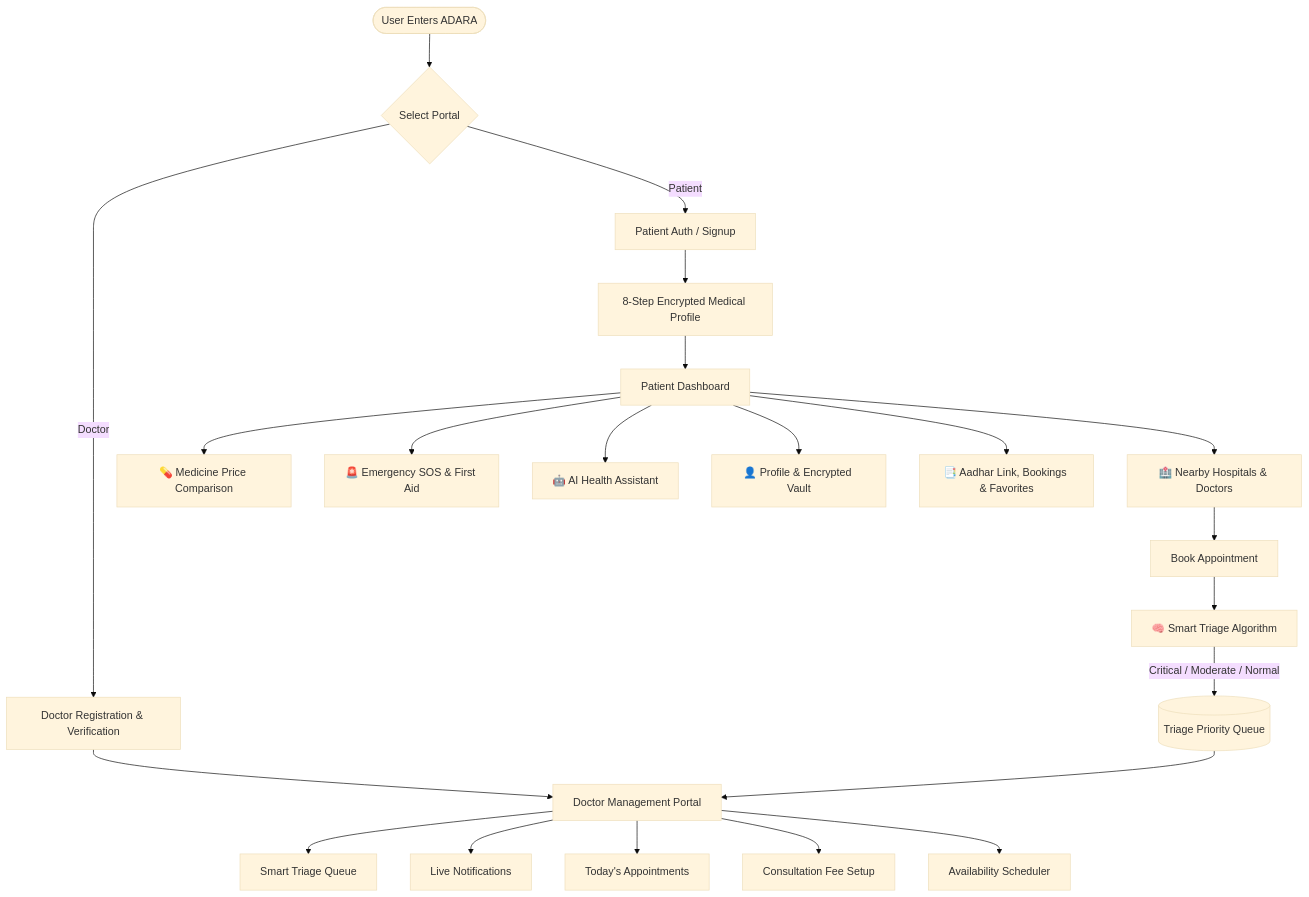
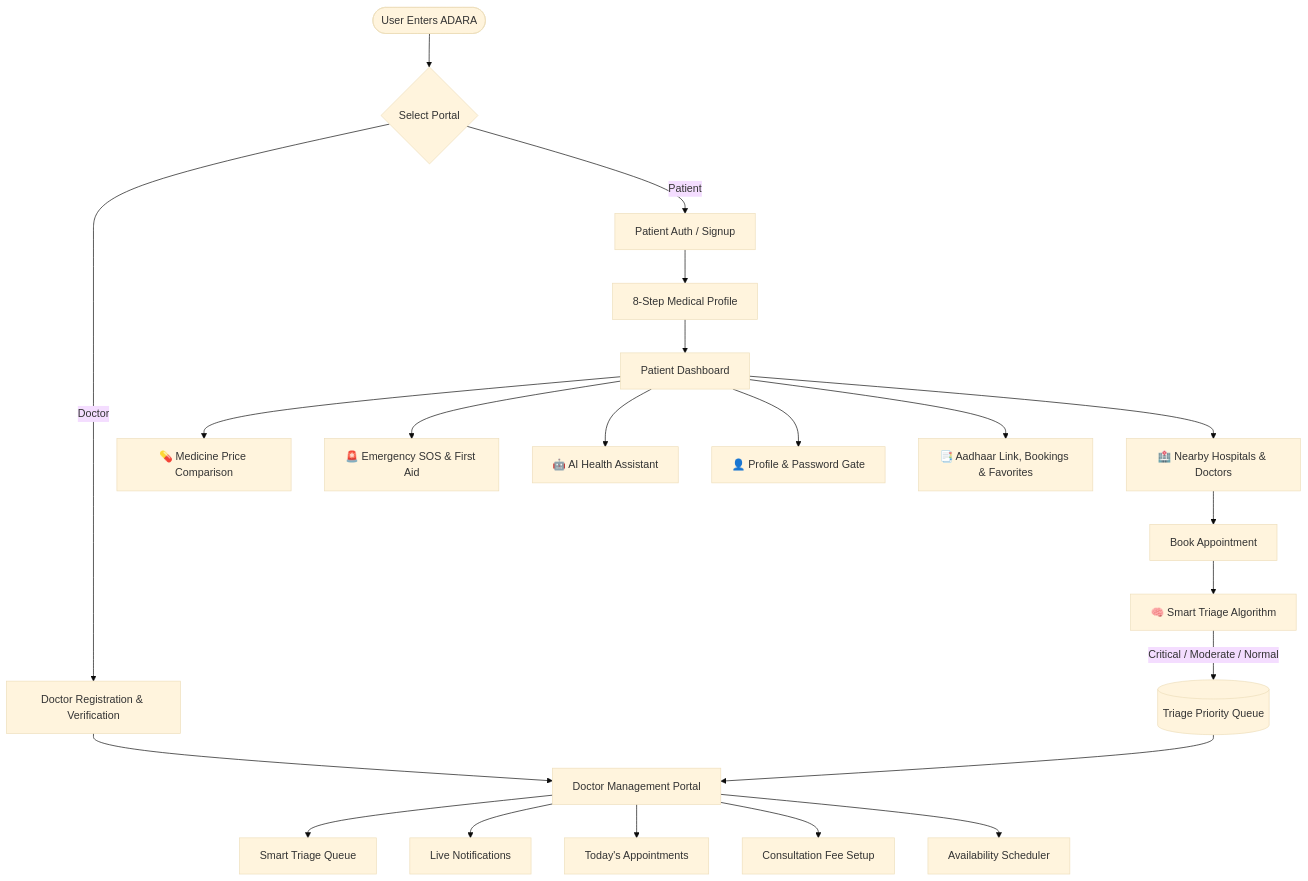
The diagram in README.md (arijits1221/health), drawn with Mermaid (base theme) before and after one commit. The commit also changed other lines of this file, not shown here.

````diff
--- a/README.md
+++ b/README.md
@@ -161,32 +165,32 @@
 ```mermaid
 flowchart TD
     User([User Enters ADARA]) --> Choice{Select Portal}
     
     %% Patient Flow
     Choice -->|Patient| PAuth[Patient Auth / Signup]
-    PAuth --> PProfile[8-Step Encrypted Medical Profile]
+    PAuth --> PProfile[8-Step Medical Profile]
     PProfile --> PDash[Patient Dashboard]
     
     PDash --> Tab1[🏥 Nearby Hospitals & Doctors]
     PDash --> Tab2[💊 Medicine Price Comparison]
     PDash --> Tab3[🚨 Emergency SOS & First Aid]
     PDash --> Tab4[🤖 AI Health Assistant]
-    PDash --> Tab5[👤 Profile & Encrypted Vault]
-    PDash --> SideNav[📑 Aadhar Link, Bookings & Favorites]
+    PDash --> Tab5[👤 Profile & Password Gate]
+    PDash --> SideNav[📑 Aadhaar Link, Bookings & Favorites]
     
     %% Triage Engine
     Tab1 --> BookApp[Book Appointment]
     BookApp --> TriageEngine[🧠 Smart Triage Algorithm]
     TriageEngine -->|Critical / Moderate / Normal| PriorityQueue[(Triage Priority Queue)]
     
     %% Doctor Flow
     Choice -->|Doctor| DAuth[Doctor Registration & Verification]
     DAuth --> DDash[Doctor Management Portal]
     
     PriorityQueue --> DDash
     DDash --> DQueue[Smart Triage Queue]
     DDash --> DNotify[Live Notifications]
     DDash --> DAppts[Today's Appointments]
     DDash --> DFees[Consultation Fee Setup]
     DDash --> DAvail[Availability Scheduler]
 ```
````
